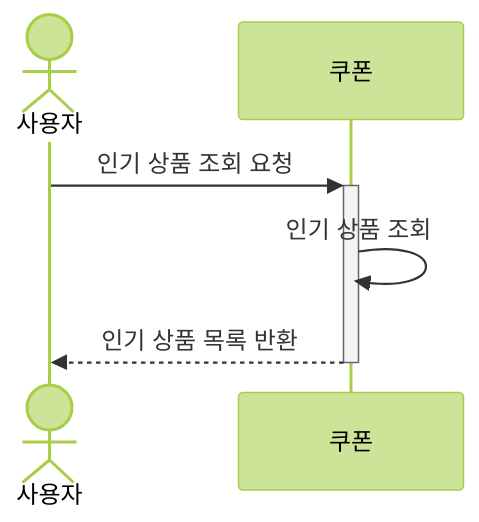
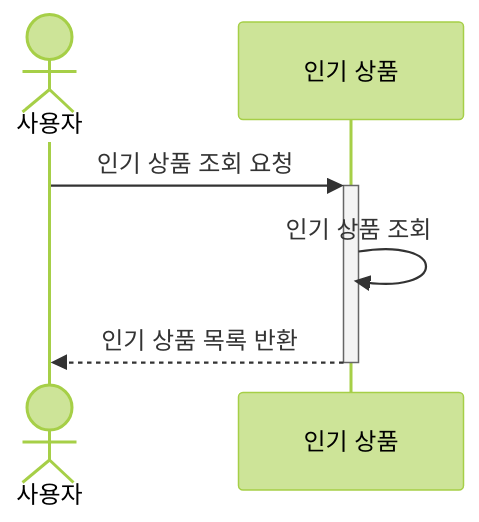
The ninth of 10 diagrams in docs/SequenceDiagram.md (leevigong/hhplus-ecommerce), drawn with Mermaid (forest theme) before and after one commit. The commit also changed other lines of this file, not shown here.

````diff
--- a/docs/SequenceDiagram.md
+++ b/docs/SequenceDiagram.md
@@ -189,9 +184,9 @@
 ```mermaid
 sequenceDiagram
     actor User as 사용자
-    participant ProductSalesRank as 쿠폰
+    participant ProductSalesRank as 인기 상품
     
     User ->>+ ProductSalesRank: 인기 상품 조회 요청
     ProductSalesRank ->> ProductSalesRank: 인기 상품 조회
     ProductSalesRank -->>- User: 인기 상품 목록 반환
 ```
````
